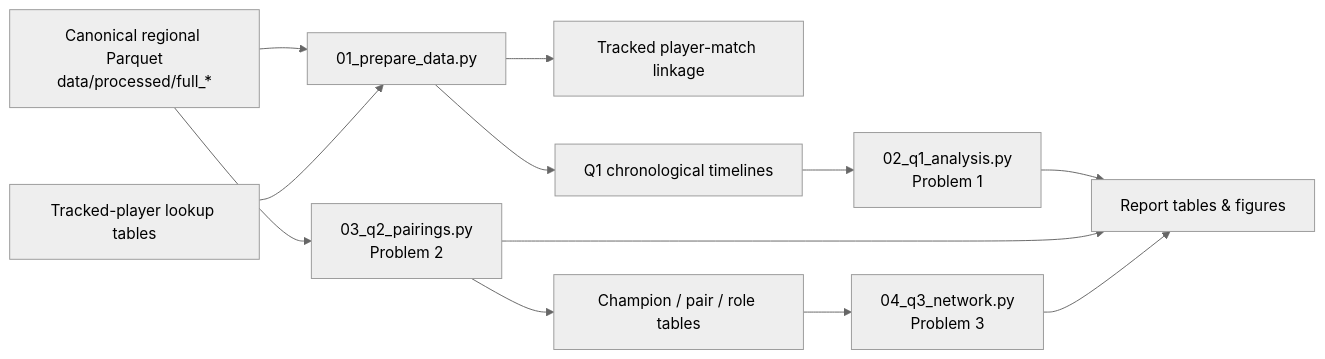
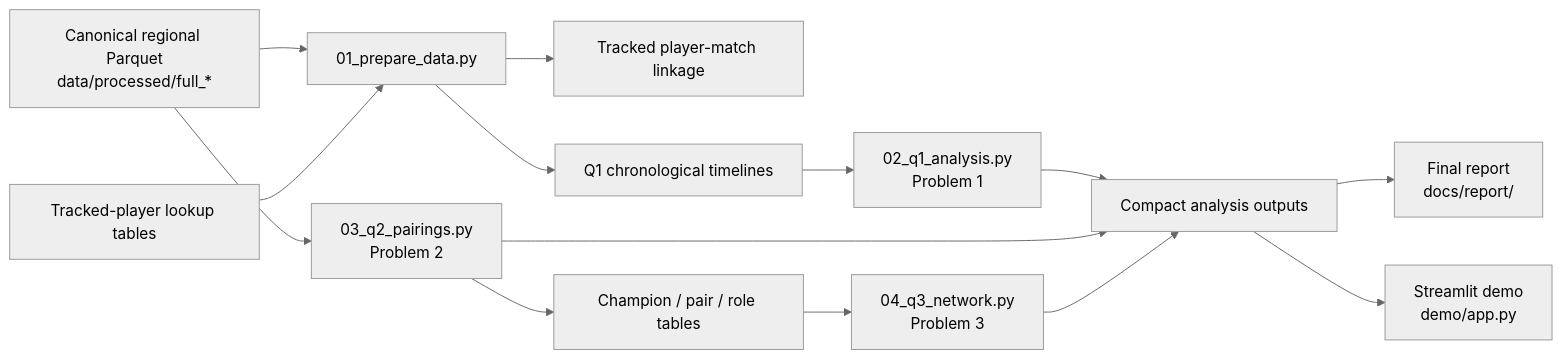
Before and after one commit to ShayMorad/LoL-Behavioral-Analysis: the diagram in README.md, drawn with Mermaid (neutral theme). The commit also changed other lines of this file and 10 other files, not shown here.

Commit message:
`finalize: deliver interactive Streamlit demo, fix presentation issues, update project documentation, and complete final repository cleanup`

````diff
--- a/README.md
+++ b/README.md
@@ -85,14 +96,16 @@
 ```mermaid
 flowchart LR
     A[Canonical regional Parquet<br/>data/processed/full_*] --> B[01_prepare_data.py]
     T[Tracked-player lookup tables] --> B
     B --> C[Tracked player-match linkage]
     B --> D[Q1 chronological timelines]
     D --> E[02_q1_analysis.py<br/>Problem 1]
     A --> F[03_q2_pairings.py<br/>Problem 2]
     F --> G[Champion / pair / role tables]
     G --> H[04_q3_network.py<br/>Problem 3]
-    E --> R[Report tables & figures]
-    F --> R
-    H --> R
+    E --> O[Compact analysis outputs]
+    F --> O
+    H --> O
+    O --> R[Final report<br/>docs/report/]
+    O --> S[Streamlit demo<br/>demo/app.py]
 ```
````
